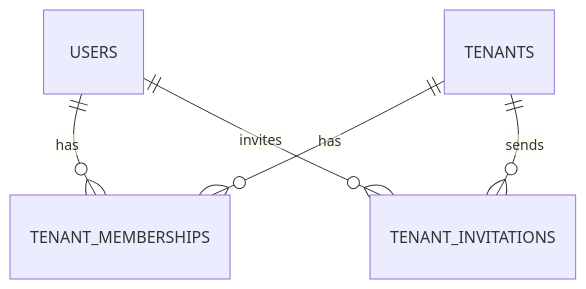
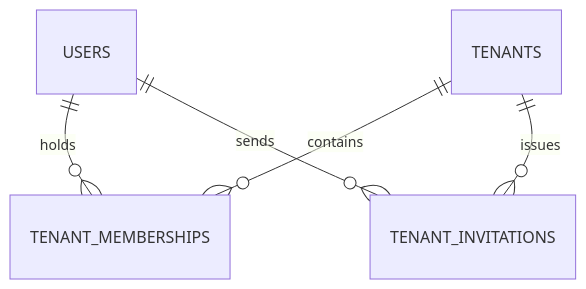
Before and after one commit to fathallah7/multi-tenant-helpdesk-saas: the fourth of 5 diagrams in docs/architecture/README.md, drawn with Mermaid. The commit also changed other lines of this file, not shown here.

Commit message:
Update architecture documentation to reflect current capabilities and planned features for tenant management and ticketing

````diff
--- a/docs/architecture/README.md
+++ b/docs/architecture/README.md
@@ -199,7 +285,7 @@
 ```mermaid
 erDiagram
-    USERS ||--o{ TENANT_MEMBERSHIPS : has
-    TENANTS ||--o{ TENANT_MEMBERSHIPS : has
-    TENANTS ||--o{ TENANT_INVITATIONS : sends
-    USERS ||--o{ TENANT_INVITATIONS : invites
+    USERS ||--o{ TENANT_MEMBERSHIPS : holds
+    TENANTS ||--o{ TENANT_MEMBERSHIPS : contains
+    TENANTS ||--o{ TENANT_INVITATIONS : issues
+    USERS ||--o{ TENANT_INVITATIONS : sends
 ```
````
